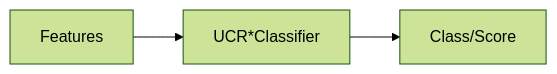
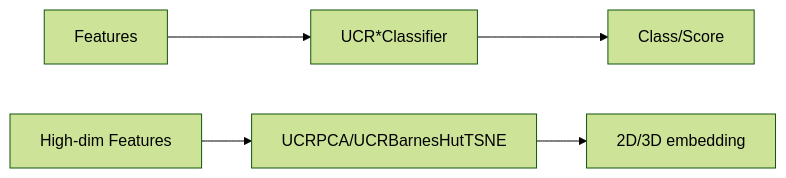
The fifth of 5 diagrams in Docs/Components/UCRFamily.md (aicommunity/Rdk-CvBasicLib), drawn with Mermaid (forest theme) before and after one commit. The commit also changed other lines of this file and 14 other files, not shown here.

````diff
--- a/Docs/Components/UCRFamily.md
+++ b/Docs/Components/UCRFamily.md
@@ -38,5 +77,7 @@
 ```mermaid
-flowchart LR
-    feats[Features] --> cls[UCR*Classifier]
-    cls --> result[Class/Score]
+graph LR
+    Feats[Features] --> Cls[UCR*Classifier]
+    Cls --> Res[Class/Score]
+    Feats2[High-dim Features] --> PCA[UCRPCA/UCRBarnesHutTSNE]
+    PCA --> LowDim[2D/3D embedding]
 ```
````
